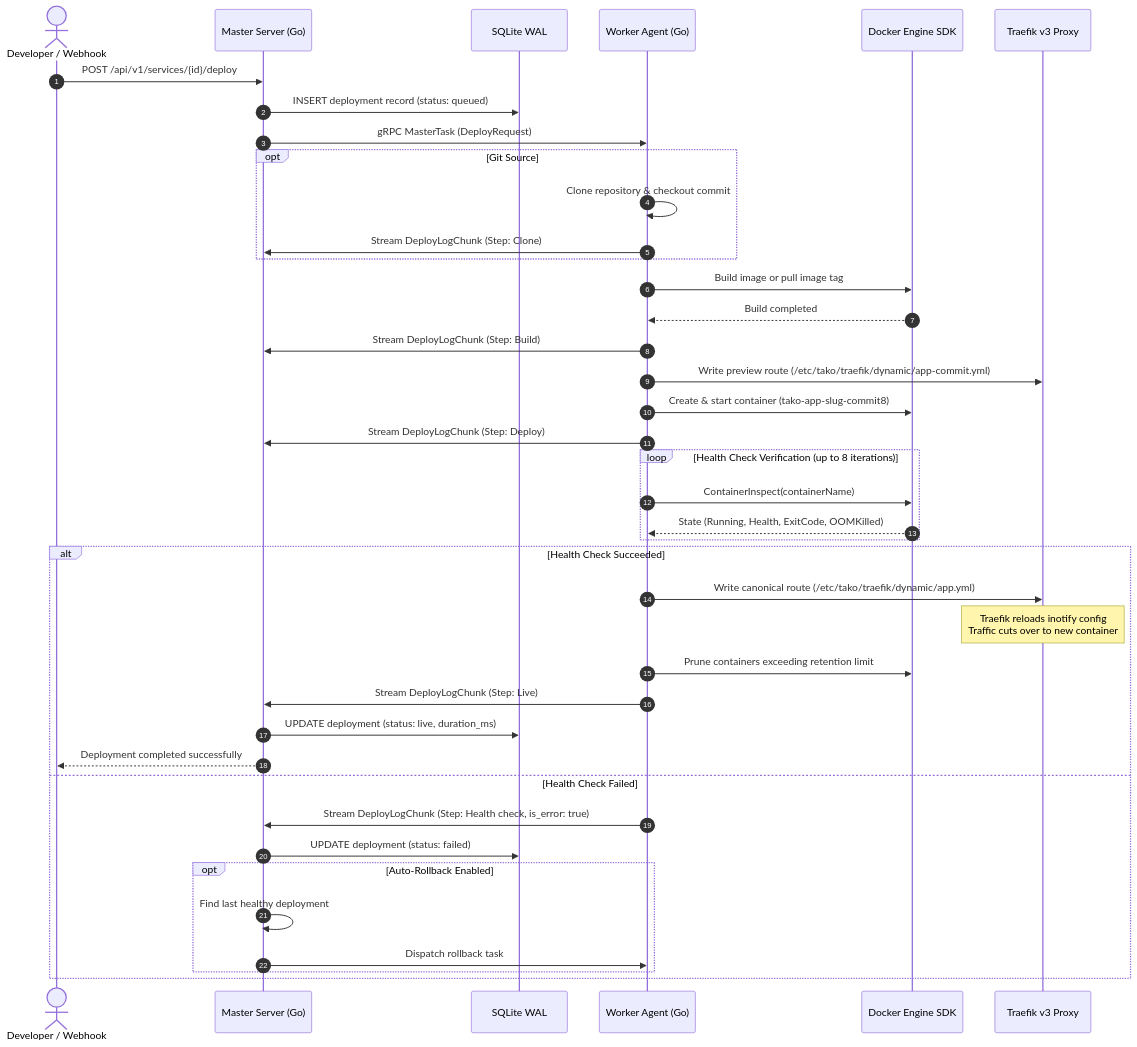
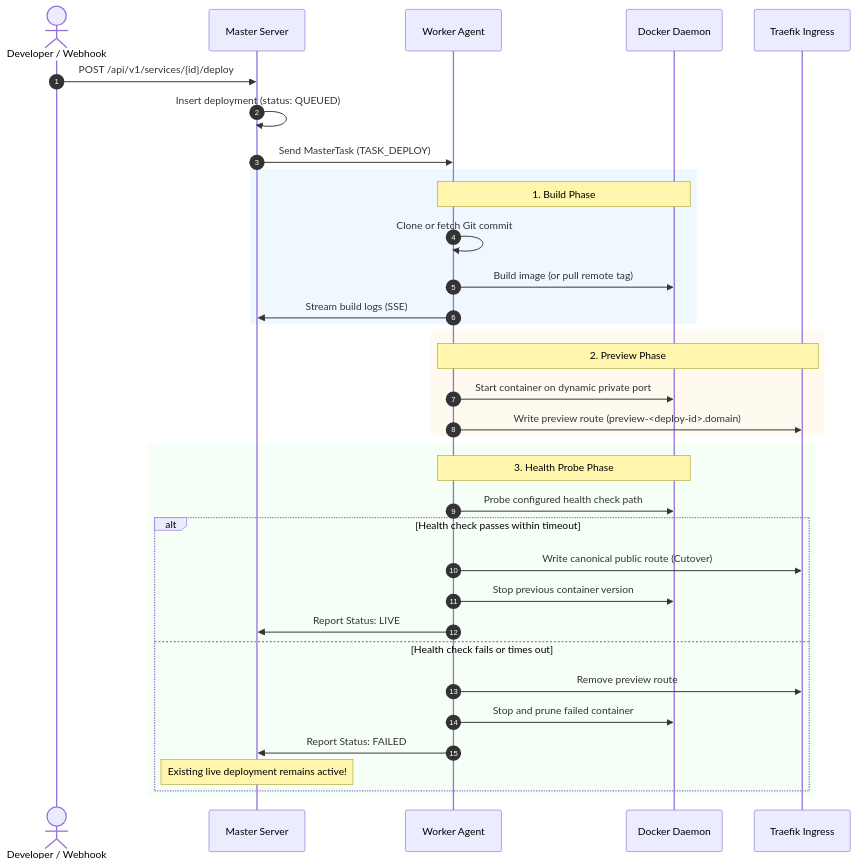
The diagram in docs/architecture/deployment-lifecycle.mdx (gettako/tako), drawn with Mermaid before and after one commit. The commit also changed other lines of this file and 34 other files, not shown here.

````diff
--- a/docs/architecture/deployment-lifecycle.mdx
+++ b/docs/architecture/deployment-lifecycle.mdx
@@ -36,48 +14,41 @@
 ```mermaid
 sequenceDiagram
     autonumber
     actor Dev as Developer / Webhook
-    participant Master as Master Server (Go)
-    participant DB as SQLite WAL
-    participant Agent as Worker Agent (Go)
-    participant Docker as Docker Engine SDK
-    participant Traefik as Traefik v3 Proxy
+    participant Server as Master Server
+    participant Agent as Worker Agent
+    participant Docker as Docker Daemon
+    participant Traefik as Traefik Ingress
 
-    Dev->>Master: POST /api/v1/services/{id}/deploy
-    Master->>DB: INSERT deployment record (status: queued)
-    Master->>Agent: gRPC MasterTask (DeployRequest)
-
-    opt Git Source
-        Agent->>Agent: Clone repository & checkout commit
-        Agent->>Master: Stream DeployLogChunk (Step: Clone)
+    Dev->>Server: POST /api/v1/services/{id}/deploy
+    Server->>Server: Insert deployment (status: QUEUED)
+    Server->>Agent: Send MasterTask (TASK_DEPLOY)
+    
+    rect rgb(240, 248, 255)
+        note over Agent,Docker: 1. Build Phase
+        Agent->>Agent: Clone or fetch Git commit
+        Agent->>Docker: Build image (or pull remote tag)
+        Agent->>Server: Stream build logs (SSE)
     end
 
-    Agent->>Docker: Build image or pull image tag
-    Docker-->>Agent: Build completed
-    Agent->>Master: Stream DeployLogChunk (Step: Build)
-
-    Agent->>Traefik: Write preview route (/etc/tako/traefik/dynamic/app-commit.yml)
-    Agent->>Docker: Create & start container (tako-app-slug-commit8)
-    Agent->>Master: Stream DeployLogChunk (Step: Deploy)
-
-    loop Health Check Verification (up to 8 iterations)
-        Agent->>Docker: ContainerInspect(containerName)
-        Docker-->>Agent: State (Running, Health, ExitCode, OOMKilled)
+    rect rgb(255, 250, 240)
+        note over Agent,Traefik: 2. Preview Phase
+        Agent->>Docker: Start container on dynamic private port
+        Agent->>Traefik: Write preview route (preview-<deploy-id>.domain)
     end
 
-    alt Health Check Succeeded
-        Agent->>Traefik: Write canonical route (/etc/tako/traefik/dynamic/app.yml)
-        Note over Traefik: Traefik reloads inotify config<br/>Traffic cuts over to new container
-        Agent->>Docker: Prune containers exceeding retention limit
-        Agent->>Master: Stream DeployLogChunk (Step: Live)
-        Master->>DB: UPDATE deployment (status: live, duration_ms)
-        Master-->>Dev: Deployment completed successfully
-    else Health Check Failed
-        Agent->>Master: Stream DeployLogChunk (Step: Health check, is_error: true)
-        Master->>DB: UPDATE deployment (status: failed)
-        opt Auto-Rollback Enabled
-            Master->>Master: Find last healthy deployment
-            Master->>Agent: Dispatch rollback task
+    rect rgb(245, 255, 245)
+        note over Agent,Docker: 3. Health Probe Phase
+        Agent->>Docker: Probe configured health check path
+        alt Health check passes within timeout
+            Agent->>Traefik: Write canonical public route (Cutover)
+            Agent->>Docker: Stop previous container version
+            Agent->>Server: Report Status: LIVE
+        else Health check fails or times out
+            Agent->>Traefik: Remove preview route
+            Agent->>Docker: Stop and prune failed container
+            Agent->>Server: Report Status: FAILED
+            note over Server: Existing live deployment remains active!
         end
     end
 ```
````
